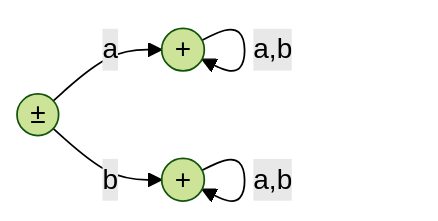
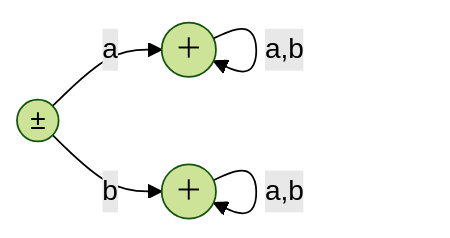
The fifth of 19 diagrams in review/mid/README.md (ufidon/ct), drawn with Mermaid (forest theme) before and after one commit. The commit also changed other lines of this file, not shown here.

Commit message:
fixed mermaid

````diff
--- a/review/mid/README.md
+++ b/review/mid/README.md
@@ -146,10 +146,10 @@
 ```mermaid
 flowchart LR
   p1(("±"))
-  p2(("+"))
-  p3(("+"))
+  p2(("＋"))
+  p3(("＋"))
   p1-->|a|p2
   p1-->|b|p3
   p2-->|"a,b"|p2
   p3-->|"a,b"|p3
 ```
````
